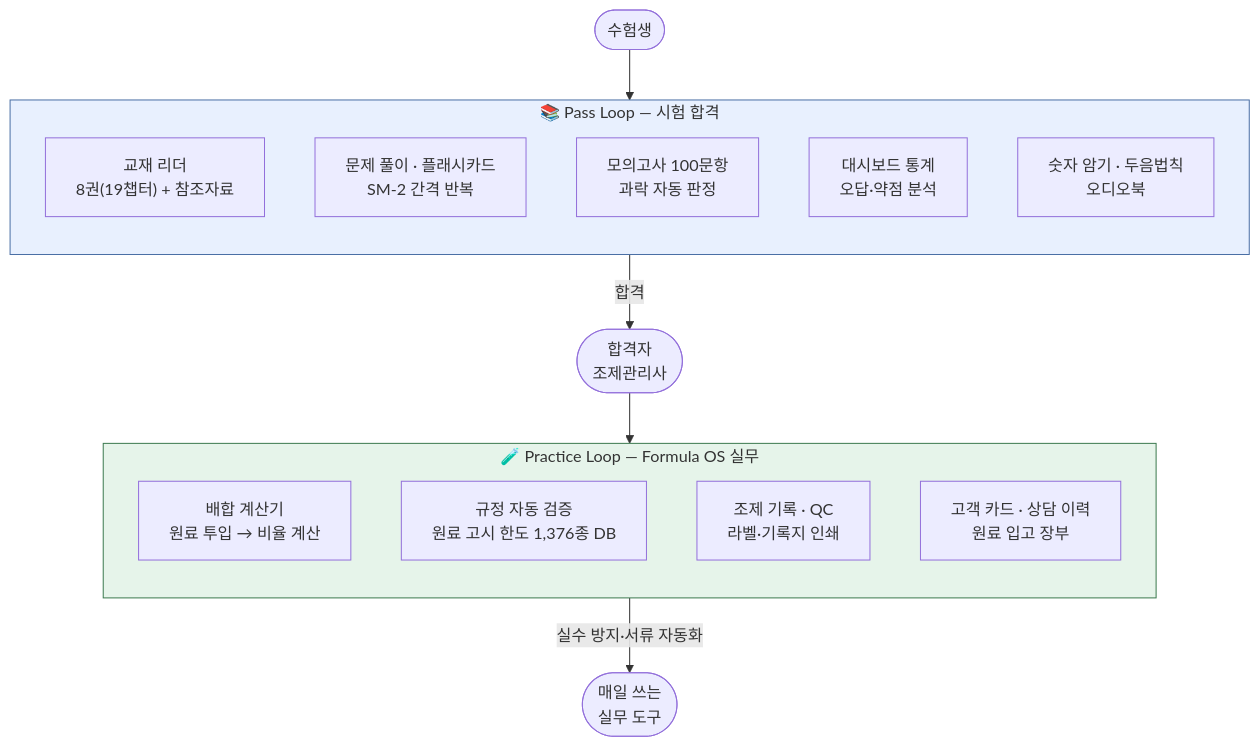
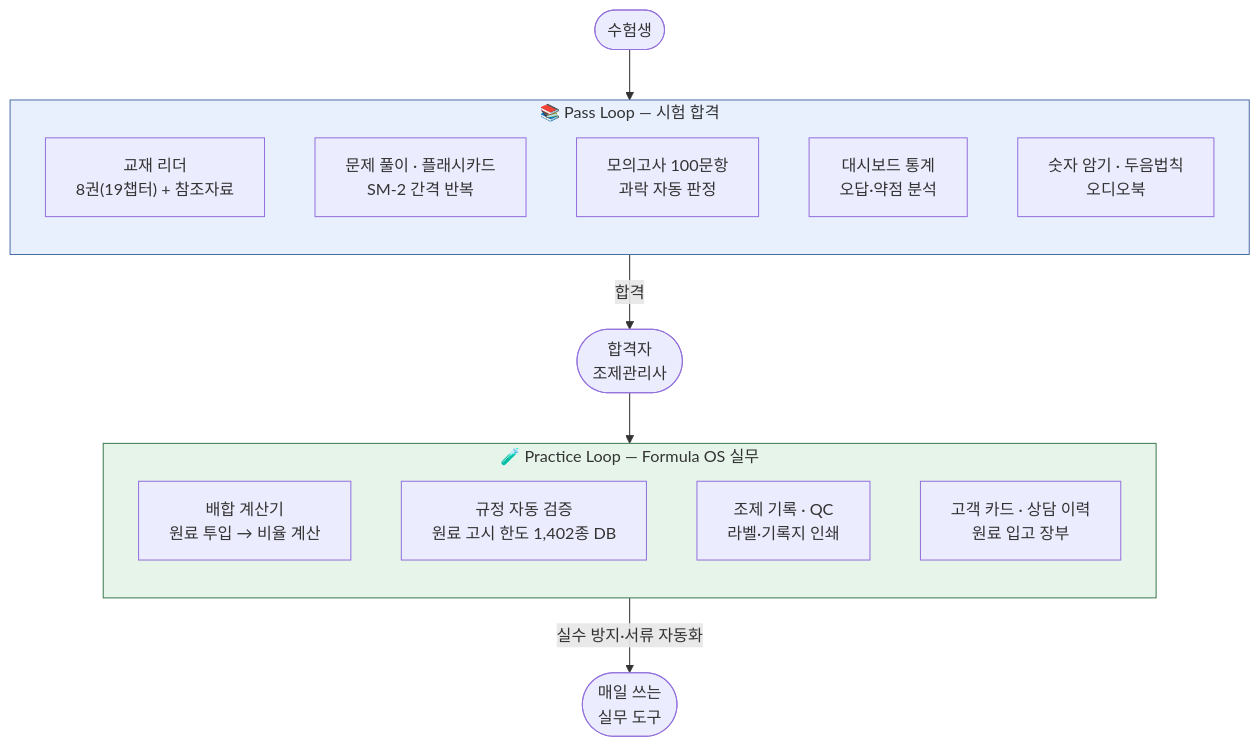
Before and after one commit to skygoldlee-cyber/Personalized_Skincare: the first of 3 diagrams in docs/business/유튜브_홍보동영상_제작의뢰서.md, drawn with Mermaid. The commit also changed other lines of this file and 2 other files, not shown here.

````diff
--- a/docs/business/유튜브_홍보동영상_제작의뢰서.md
+++ b/docs/business/유튜브_홍보동영상_제작의뢰서.md
@@ -44,28 +44,28 @@
 ```mermaid
 flowchart TB
     subgraph PASS["📚 Pass Loop — 시험 합격"]
         direction TB
         P1["교재 리더<br/>8권(19챕터) + 참조자료"]
         P2["문제 풀이 · 플래시카드<br/>SM-2 간격 반복"]
         P3["모의고사 100문항<br/>과락 자동 판정"]
         P4["대시보드 통계<br/>오답·약점 분석"]
         P5["숫자 암기 · 두음법칙<br/>오디오북"]
     end
 
     USER(["수험생"]) --> PASS
     PASS -->|합격| PASSER(["합격자<br/>조제관리사"])
 
     subgraph PRACTICE["🧪 Practice Loop — Formula OS 실무"]
         direction TB
         F1["배합 계산기<br/>원료 투입 → 비율 계산"]
-        F2["규정 자동 검증<br/>원료 고시 한도 1,376종 DB"]
+        F2["규정 자동 검증<br/>원료 고시 한도 1,402종 DB"]
         F3["조제 기록 · QC<br/>라벨·기록지 인쇄"]
         F4["고객 카드 · 상담 이력<br/>원료 입고 장부"]
     end
 
     PASSER --> PRACTICE
     PRACTICE -->|실수 방지·서류 자동화| WORK(["매일 쓰는<br/>실무 도구"])
 
     style PASS fill:#e8f0fe,stroke:#4a6fa5
     style PRACTICE fill:#e6f4ea,stroke:#3c7a4f
 ```
````
